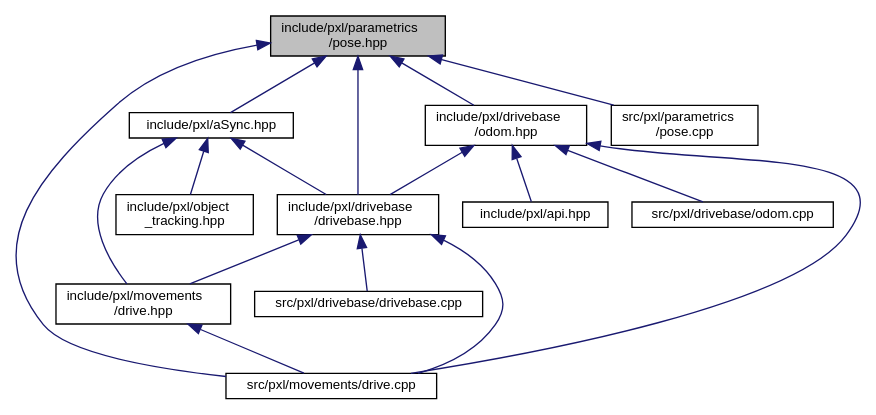
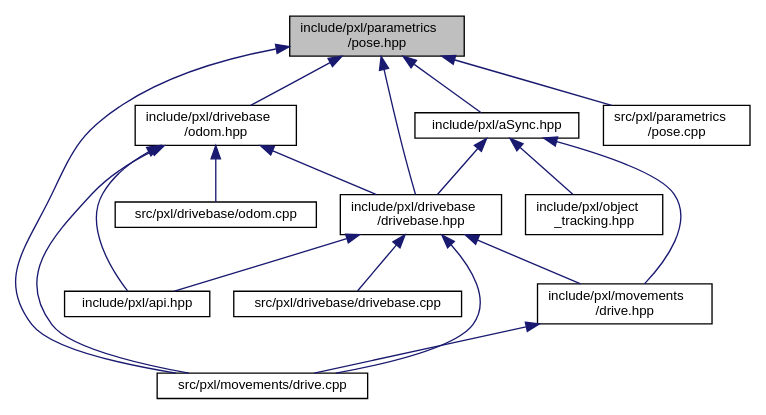
Before and after one commit to Pixel-Lib/Pixel: the diagram in pose_8hpp__dep__incl.dot, drawn with Graphviz. The commit also changed 14 other files, not shown here.

```diff
--- a/pose_8hpp__dep__incl.dot
+++ b/pose_8hpp__dep__incl.dot
@@ -1,33 +1,34 @@
 digraph "include/pxl/parametrics/pose.hpp"
 {
  // LATEX_PDF_SIZE
   edge [fontname="Helvetica",fontsize="10",labelfontname="Helvetica",labelfontsize="10"];
   node [fontname="Helvetica",fontsize="10",shape=record];
   Node1 [label="include/pxl/parametrics\l/pose.hpp",height=0.2,width=0.4,color="black", fillcolor="grey75", style="filled", fontcolor="black",tooltip=" "];
   Node1 -> Node2 [dir="back",color="midnightblue",fontsize="10",style="solid",fontname="Helvetica"];
   Node2 [label="include/pxl/aSync.hpp",height=0.2,width=0.4,color="black", fillcolor="white", style="filled",URL="$aSync_8hpp.html",tooltip=" "];
   Node2 -> Node3 [dir="back",color="midnightblue",fontsize="10",style="solid",fontname="Helvetica"];
   Node3 [label="include/pxl/drivebase\l/drivebase.hpp",height=0.2,width=0.4,color="black", fillcolor="white", style="filled",URL="$drivebase_8hpp.html",tooltip=" "];
   Node3 -> Node4 [dir="back",color="midnightblue",fontsize="10",style="solid",fontname="Helvetica"];
-  Node4 [label="include/pxl/movements\l/drive.hpp",height=0.2,width=0.4,color="black", fillcolor="white", style="filled",URL="$drive_8hpp.html",tooltip=" "];
-  Node4 -> Node5 [dir="back",color="midnightblue",fontsize="10",style="solid",fontname="Helvetica"];
-  Node5 [label="src/pxl/movements/drive.cpp",height=0.2,width=0.4,color="black", fillcolor="white", style="filled",URL="$drive_8cpp.html",tooltip=" "];
+  Node4 [label="include/pxl/api.hpp",height=0.2,width=0.4,color="black", fillcolor="white", style="filled",URL="$api_8hpp.html",tooltip=" "];
+  Node3 -> Node5 [dir="back",color="midnightblue",fontsize="10",style="solid",fontname="Helvetica"];
+  Node5 [label="include/pxl/movements\l/drive.hpp",height=0.2,width=0.4,color="black", fillcolor="white", style="filled",URL="$drive_8hpp.html",tooltip=" "];
+  Node5 -> Node6 [dir="back",color="midnightblue",fontsize="10",style="solid",fontname="Helvetica"];
+  Node6 [label="src/pxl/movements/drive.cpp",height=0.2,width=0.4,color="black", fillcolor="white", style="filled",URL="$drive_8cpp.html",tooltip=" "];
+  Node3 -> Node7 [dir="back",color="midnightblue",fontsize="10",style="solid",fontname="Helvetica"];
+  Node7 [label="src/pxl/drivebase/drivebase.cpp",height=0.2,width=0.4,color="black", fillcolor="white", style="filled",URL="$drivebase_8cpp.html",tooltip=" "];
   Node3 -> Node6 [dir="back",color="midnightblue",fontsize="10",style="solid",fontname="Helvetica"];
-  Node6 [label="src/pxl/drivebase/drivebase.cpp",height=0.2,width=0.4,color="black", fillcolor="white", style="filled",URL="$drivebase_8cpp.html",tooltip=" "];
-  Node3 -> Node5 [dir="back",color="midnightblue",fontsize="10",style="solid",fontname="Helvetica"];
-  Node2 -> Node4 [dir="back",color="midnightblue",fontsize="10",style="solid",fontname="Helvetica"];
-  Node2 -> Node7 [dir="back",color="midnightblue",fontsize="10",style="solid",fontname="Helvetica"];
-  Node7 [label="include/pxl/object\l_tracking.hpp",height=0.2,width=0.4,color="black", fillcolor="white", style="filled",URL="$object__tracking_8hpp.html",tooltip=" "];
+  Node2 -> Node5 [dir="back",color="midnightblue",fontsize="10",style="solid",fontname="Helvetica"];
+  Node2 -> Node8 [dir="back",color="midnightblue",fontsize="10",style="solid",fontname="Helvetica"];
+  Node8 [label="include/pxl/object\l_tracking.hpp",height=0.2,width=0.4,color="black", fillcolor="white", style="filled",URL="$object__tracking_8hpp.html",tooltip=" "];
   Node1 -> Node3 [dir="back",color="midnightblue",fontsize="10",style="solid",fontname="Helvetica"];
-  Node1 -> Node8 [dir="back",color="midnightblue",fontsize="10",style="solid",fontname="Helvetica"];
-  Node8 [label="include/pxl/drivebase\l/odom.hpp",height=0.2,width=0.4,color="black", fillcolor="white", style="filled",URL="$odom_8hpp.html",tooltip=" "];
-  Node8 -> Node9 [dir="back",color="midnightblue",fontsize="10",style="solid",fontname="Helvetica"];
-  Node9 [label="include/pxl/api.hpp",height=0.2,width=0.4,color="black", fillcolor="white", style="filled",URL="$api_8hpp.html",tooltip=" "];
-  Node8 -> Node3 [dir="back",color="midnightblue",fontsize="10",style="solid",fontname="Helvetica"];
-  Node8 -> Node10 [dir="back",color="midnightblue",fontsize="10",style="solid",fontname="Helvetica"];
+  Node1 -> Node9 [dir="back",color="midnightblue",fontsize="10",style="solid",fontname="Helvetica"];
+  Node9 [label="include/pxl/drivebase\l/odom.hpp",height=0.2,width=0.4,color="black", fillcolor="white", style="filled",URL="$odom_8hpp.html",tooltip=" "];
+  Node9 -> Node4 [dir="back",color="midnightblue",fontsize="10",style="solid",fontname="Helvetica"];
+  Node9 -> Node3 [dir="back",color="midnightblue",fontsize="10",style="solid",fontname="Helvetica"];
+  Node9 -> Node10 [dir="back",color="midnightblue",fontsize="10",style="solid",fontname="Helvetica"];
   Node10 [label="src/pxl/drivebase/odom.cpp",height=0.2,width=0.4,color="black", fillcolor="white", style="filled",URL="$odom_8cpp.html",tooltip=" "];
-  Node8 -> Node5 [dir="back",color="midnightblue",fontsize="10",style="solid",fontname="Helvetica"];
-  Node1 -> Node5 [dir="back",color="midnightblue",fontsize="10",style="solid",fontname="Helvetica"];
+  Node9 -> Node6 [dir="back",color="midnightblue",fontsize="10",style="solid",fontname="Helvetica"];
+  Node1 -> Node6 [dir="back",color="midnightblue",fontsize="10",style="solid",fontname="Helvetica"];
   Node1 -> Node11 [dir="back",color="midnightblue",fontsize="10",style="solid",fontname="Helvetica"];
   Node11 [label="src/pxl/parametrics\l/pose.cpp",height=0.2,width=0.4,color="black", fillcolor="white", style="filled",URL="$pose_8cpp.html",tooltip=" "];
 }
```
